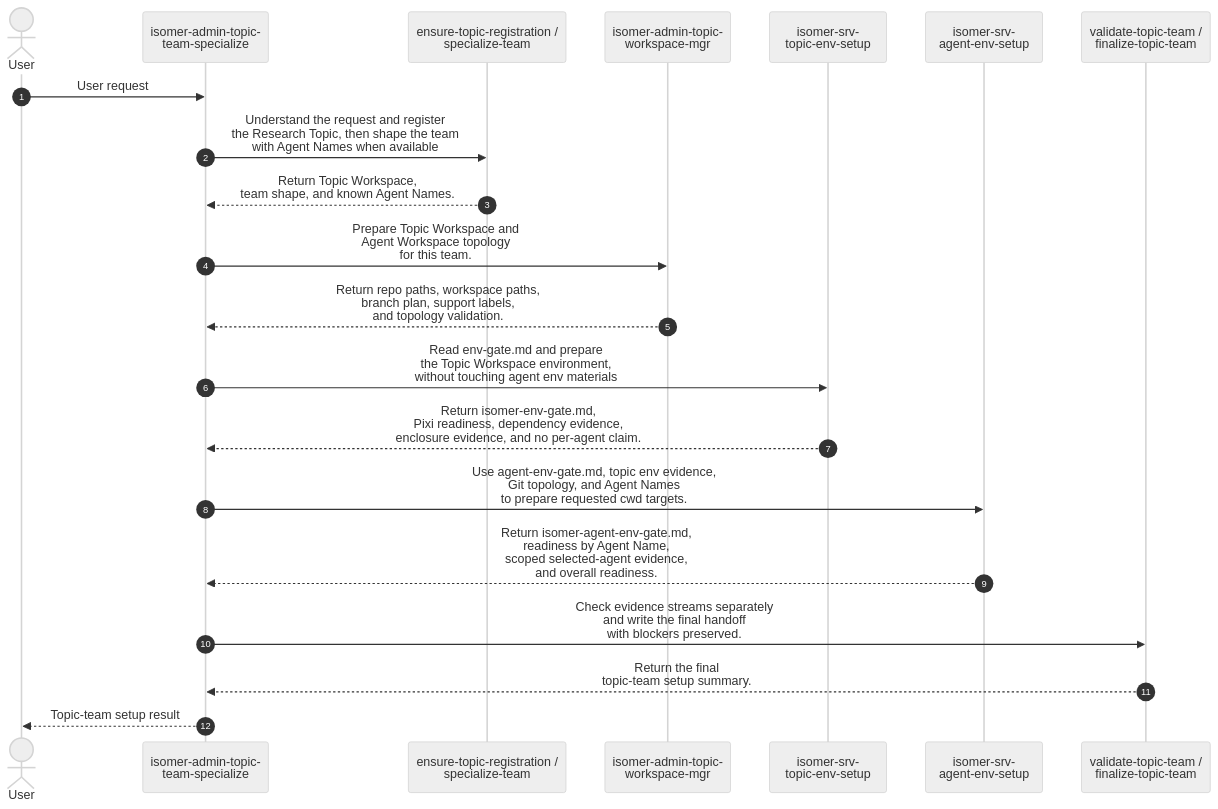
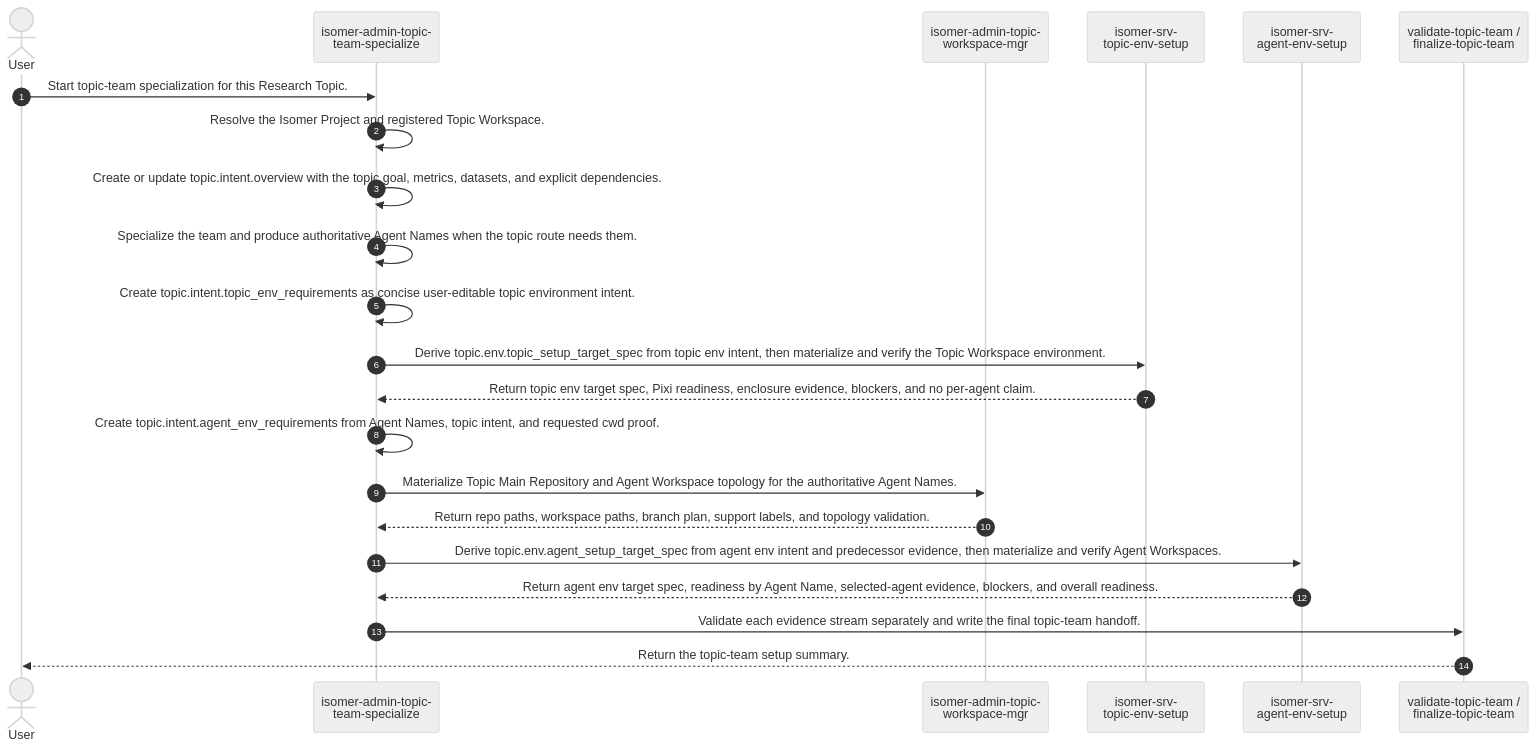
The first of 2 diagrams in context/design/skill-process/team-specialization.md (CodeGandee/isomer-labs), drawn with Mermaid (neutral theme) before and after one commit. The commit also changed other lines of this file and 55 other files, not shown here.

Commit message:
feat: refine topic intent gates

````diff
--- a/context/design/skill-process/team-specialization.md
+++ b/context/design/skill-process/team-specialization.md
@@ -11,28 +30,25 @@
 ```mermaid
 sequenceDiagram
     autonumber
     actor U as User
     participant T as isomer-admin-topic-<br/>team-specialize
-    participant R as ensure-topic-registration /<br/>specialize-team
     participant W as isomer-admin-topic-<br/>workspace-mgr
     participant TE as isomer-srv-<br/>topic-env-setup
     participant AE as isomer-srv-<br/>agent-env-setup
     participant F as validate-topic-team /<br/>finalize-topic-team
 
-    U->>T: User request
-    T->>R: Understand the request and register<br/>the Research Topic, then shape the team<br/>with Agent Names when available
-    R-->>T: Return Topic Workspace,<br/>team shape, and known Agent Names.
-
-    T->>W: Prepare Topic Workspace and<br/>Agent Workspace topology<br/>for this team.
-    W-->>T: Return repo paths, workspace paths,<br/>branch plan, support labels,<br/>and topology validation.
-
-    T->>TE: Read env-gate.md and prepare<br/>the Topic Workspace environment,<br/>without touching agent env materials
-    TE-->>T: Return isomer-env-gate.md,<br/>Pixi readiness, dependency evidence,<br/>enclosure evidence, and no per-agent claim.
-
-    T->>AE: Use agent-env-gate.md, topic env evidence,<br/>Git topology, and Agent Names<br/>to prepare requested cwd targets.
-    AE-->>T: Return isomer-agent-env-gate.md,<br/>readiness by Agent Name,<br/>scoped selected-agent evidence,<br/>and overall readiness.
-
-    T->>F: Check evidence streams separately<br/>and write the final handoff<br/>with blockers preserved.
-    F-->>T: Return the final<br/>topic-team setup summary.
-    T-->>U: Topic-team setup result
+    U->>T: Start topic-team specialization for this Research Topic.
+    T->>T: Resolve the Isomer Project and registered Topic Workspace.
+    T->>T: Create or update topic.intent.overview with the topic goal, metrics, datasets, and explicit dependencies.
+    T->>T: Specialize the team and produce authoritative Agent Names when the topic route needs them.
+    T->>T: Create topic.intent.topic_env_requirements as concise user-editable topic environment intent.
+    T->>TE: Derive topic.env.topic_setup_target_spec from topic env intent, then materialize and verify the Topic Workspace environment.
+    TE-->>T: Return topic env target spec, Pixi readiness, enclosure evidence, blockers, and no per-agent claim.
+    T->>T: Create topic.intent.agent_env_requirements from Agent Names, topic intent, and requested cwd proof.
+    T->>W: Materialize Topic Main Repository and Agent Workspace topology for the authoritative Agent Names.
+    W-->>T: Return repo paths, workspace paths, branch plan, support labels, and topology validation.
+    T->>AE: Derive topic.env.agent_setup_target_spec from agent env intent and predecessor evidence, then materialize and verify Agent Workspaces.
+    AE-->>T: Return agent env target spec, readiness by Agent Name, selected-agent evidence, blockers, and overall readiness.
+    T->>F: Validate each evidence stream separately and write the final topic-team handoff.
+    F-->>U: Return the topic-team setup summary.
 ```
````
